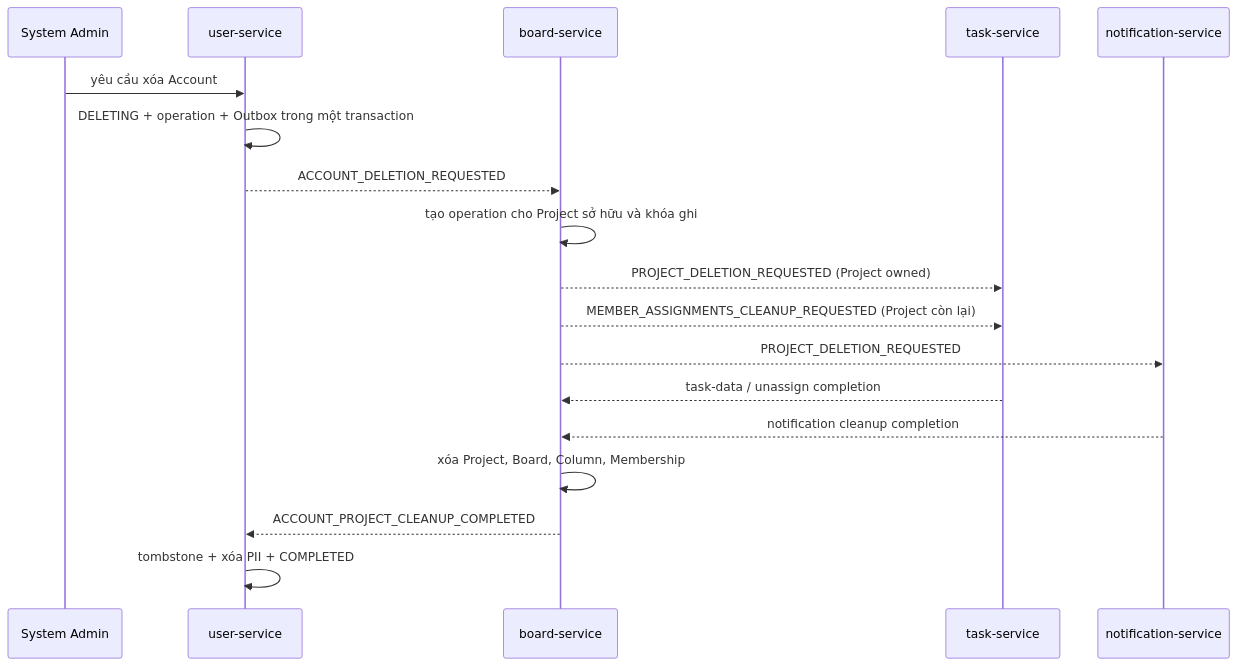
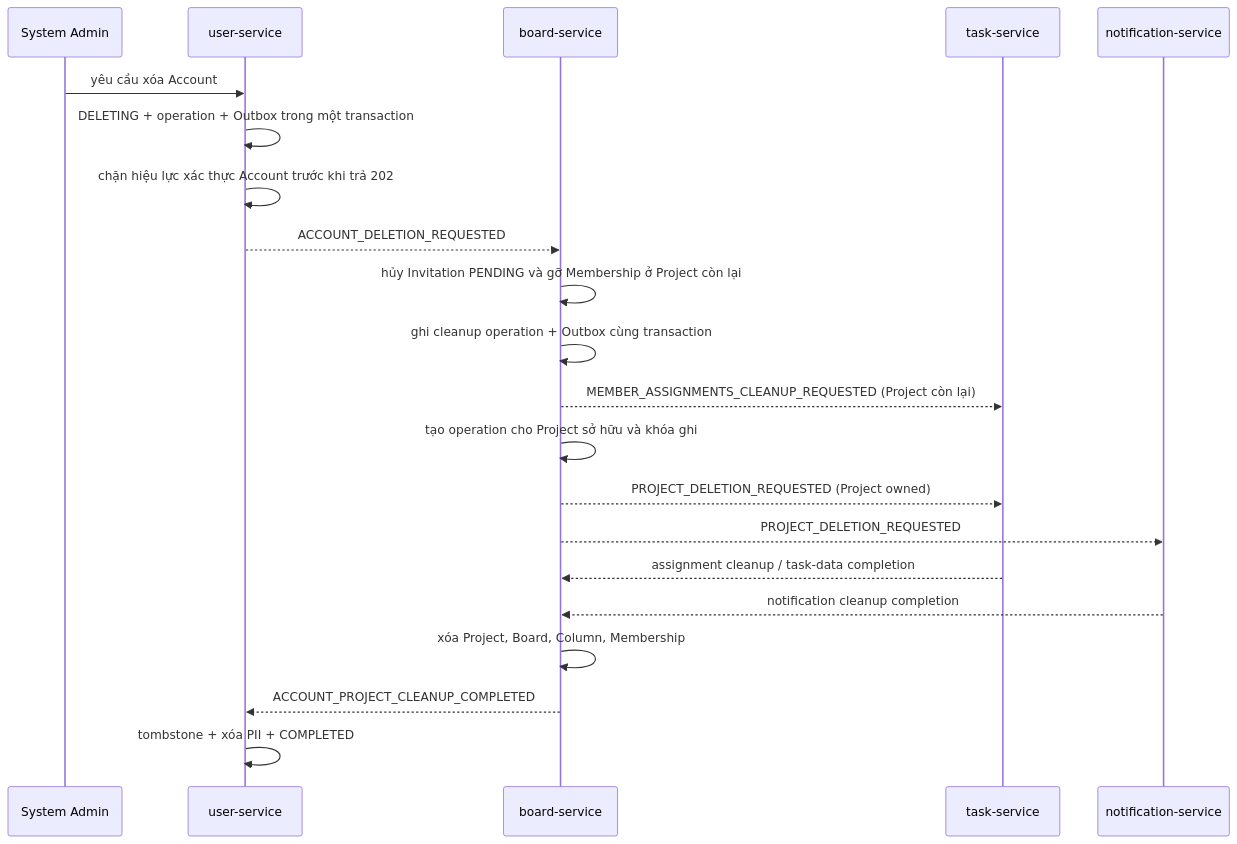
Before and after one commit to gekok/Dev-Platform: the diagram in docs/project/account-deletion-skeleton-guide.md, drawn with Mermaid. The commit also changed other lines of this file and 23 other files, not shown here.

````diff
--- a/docs/project/account-deletion-skeleton-guide.md
+++ b/docs/project/account-deletion-skeleton-guide.md
@@ -24,20 +24,23 @@
 ```mermaid
 sequenceDiagram
     participant Admin as System Admin
     participant User as user-service
     participant Board as board-service
     participant Task as task-service
     participant Notify as notification-service
     Admin->>User: yêu cầu xóa Account
     User->>User: DELETING + operation + Outbox trong một transaction
+    User->>User: chặn hiệu lực xác thực Account trước khi trả 202
     User-->>Board: ACCOUNT_DELETION_REQUESTED
+    Board->>Board: hủy Invitation PENDING và gỡ Membership ở Project còn lại
+    Board->>Board: ghi cleanup operation + Outbox cùng transaction
+    Board-->>Task: MEMBER_ASSIGNMENTS_CLEANUP_REQUESTED (Project còn lại)
     Board->>Board: tạo operation cho Project sở hữu và khóa ghi
     Board-->>Task: PROJECT_DELETION_REQUESTED (Project owned)
-    Board-->>Task: MEMBER_ASSIGNMENTS_CLEANUP_REQUESTED (Project còn lại)
     Board-->>Notify: PROJECT_DELETION_REQUESTED
-    Task-->>Board: task-data / unassign completion
+    Task-->>Board: assignment cleanup / task-data completion
     Notify-->>Board: notification cleanup completion
     Board->>Board: xóa Project, Board, Column, Membership
     Board-->>User: ACCOUNT_PROJECT_CLEANUP_COMPLETED
     User->>User: tombstone + xóa PII + COMPLETED
 ```
````
